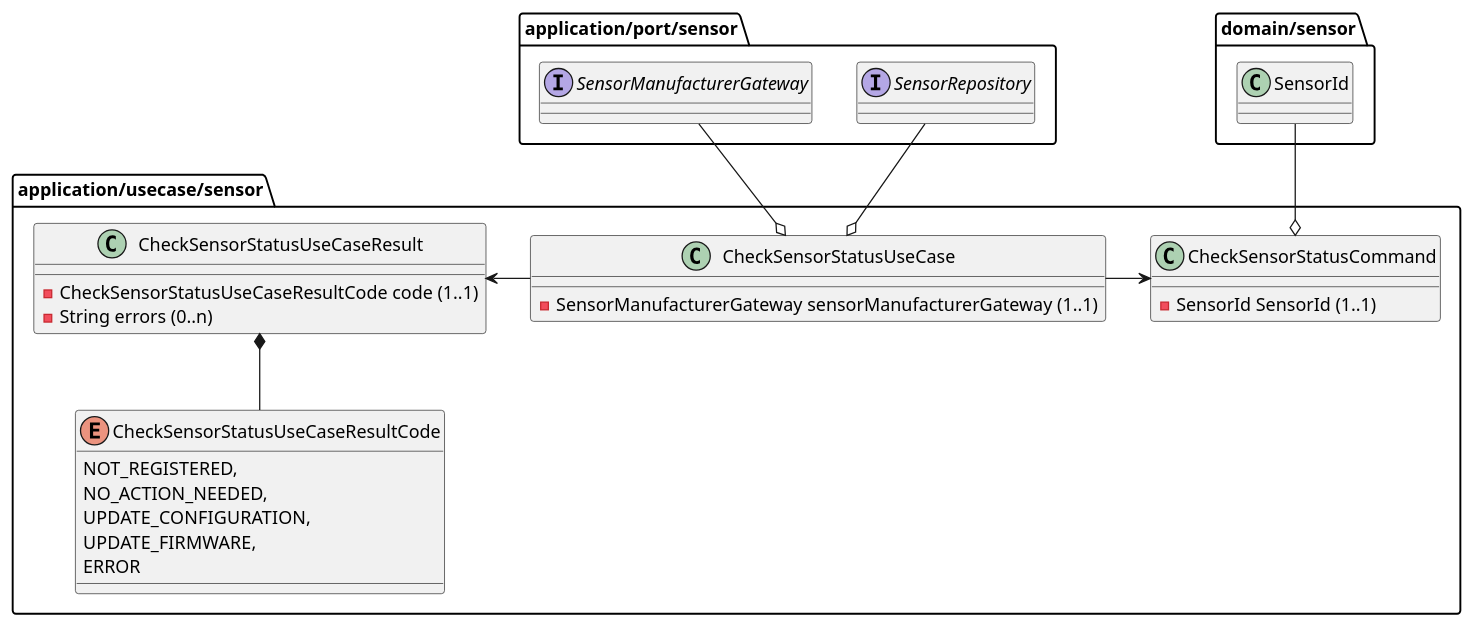
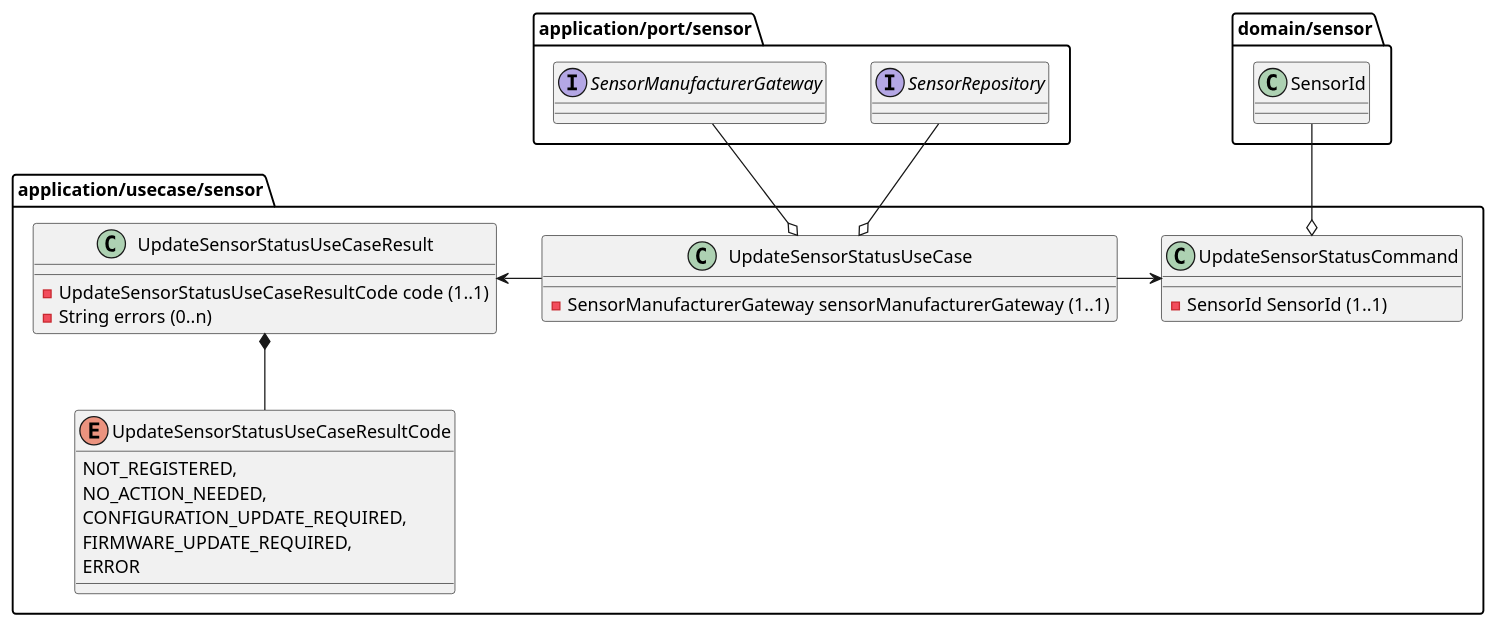
One commit to AboutCodingBE/validation-excercise changed the diagram in docs/diagrams/ClassDiagramCheckSensorStatus.puml. Above: the diagram before and after it, drawn with PlantUML. The commit also changed 16 other files, not shown here.

```diff
--- a/docs/diagrams/ClassDiagramCheckSensorStatus.puml
+++ b/docs/diagrams/ClassDiagramCheckSensorStatus.puml
@@ -1,43 +1,43 @@
 @startuml
 
 package application/usecase/sensor {
-  class CheckSensorStatusCommand {
+  class UpdateSensorStatusCommand {
     -SensorId SensorId (1..1)
   }
 
-  class CheckSensorStatusUseCase {
+  class UpdateSensorStatusUseCase {
     -SensorManufacturerGateway sensorManufacturerGateway (1..1)
   }
 
-  class CheckSensorStatusUseCaseResult {
-    -CheckSensorStatusUseCaseResultCode code (1..1)
+  class UpdateSensorStatusUseCaseResult {
+    -UpdateSensorStatusUseCaseResultCode code (1..1)
     -String errors (0..n)
   }
 
-  enum CheckSensorStatusUseCaseResultCode {
+  enum UpdateSensorStatusUseCaseResultCode {
     NOT_REGISTERED,
     NO_ACTION_NEEDED,
-    UPDATE_CONFIGURATION,
-    UPDATE_FIRMWARE,
+    CONFIGURATION_UPDATE_REQUIRED,
+    FIRMWARE_UPDATE_REQUIRED,
     ERROR
   }
 
-  CheckSensorStatusUseCase -right-> CheckSensorStatusCommand
-  CheckSensorStatusUseCase -left-> CheckSensorStatusUseCaseResult
+  UpdateSensorStatusUseCase -right-> UpdateSensorStatusCommand
+  UpdateSensorStatusUseCase -left-> UpdateSensorStatusUseCaseResult
 
-  CheckSensorStatusUseCaseResult *-down- CheckSensorStatusUseCaseResultCode
+  UpdateSensorStatusUseCaseResult *-down- UpdateSensorStatusUseCaseResultCode
 }
 
 package application/port/sensor {
     interface SensorManufacturerGateway
     interface SensorRepository
 }
 
 package domain/sensor {
   class SensorId
 }
 
-CheckSensorStatusCommand o-up- SensorId
-CheckSensorStatusUseCase o-up- SensorManufacturerGateway
-CheckSensorStatusUseCase o-up- SensorRepository
+UpdateSensorStatusCommand o-up- SensorId
+UpdateSensorStatusUseCase o-up- SensorManufacturerGateway
+UpdateSensorStatusUseCase o-up- SensorRepository
 @enduml
```
